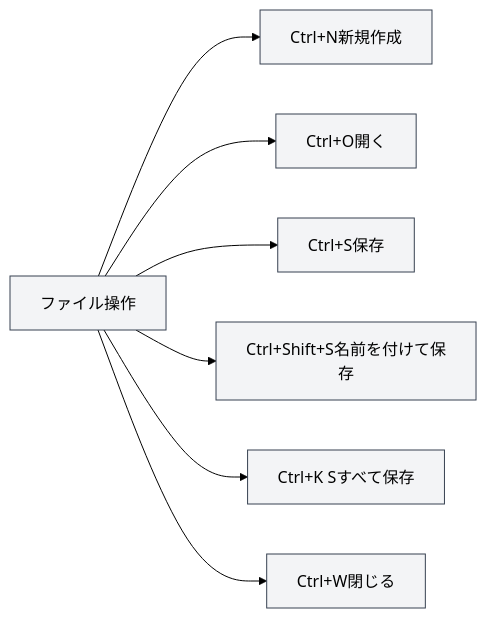
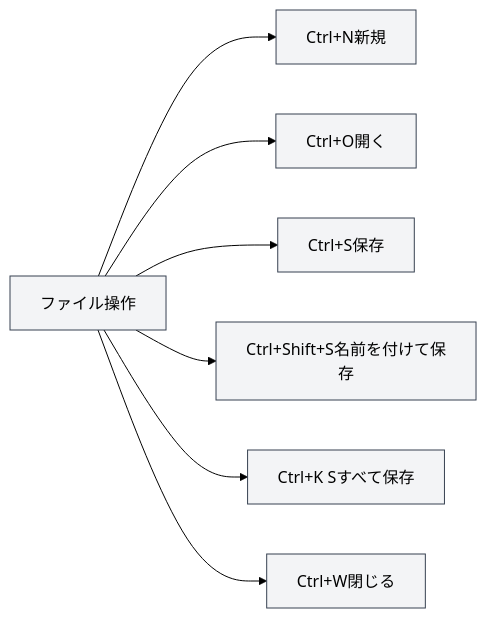
The diagram in meta-doc/src/renderer/src/manuals/ja_JP/shortcuts/global.md (JaredYe04/MetaDoc), drawn with Mermaid (forest theme) before and after one commit. The commit also changed other lines of this file and 35 other files, not shown here.

````diff
--- a/meta-doc/src/renderer/src/manuals/ja_JP/shortcuts/global.md
+++ b/meta-doc/src/renderer/src/manuals/ja_JP/shortcuts/global.md
@@ -50,16 +50,16 @@
 ```mermaid
 graph LR
-    A[ファイル操作] --> B[Ctrl+N新規作成]
+    A[ファイル操作] --> B[Ctrl+N新規]
     A --> C[Ctrl+O開く]
     A --> D[Ctrl+S保存]
     A --> E[Ctrl+Shift+S名前を付けて保存]
     A --> F[Ctrl+K Sすべて保存]
     A --> G[Ctrl+W閉じる]
     style A fill:#f3f4f6,stroke:#374151
     style B fill:#f3f4f6,stroke:#374151
     style C fill:#f3f4f6,stroke:#374151
     style D fill:#f3f4f6,stroke:#374151
     style E fill:#f3f4f6,stroke:#374151
     style F fill:#f3f4f6,stroke:#374151
     style G fill:#f3f4f6,stroke:#374151
 ```
````
